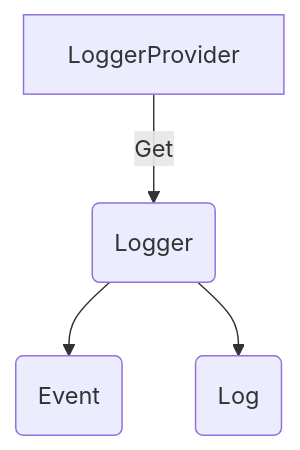
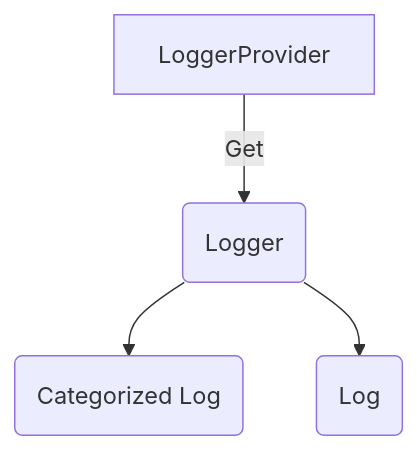
Before and after one commit to open-telemetry/opentelemetry-specification: the diagram in specification/logs/api.md, drawn with Mermaid. The commit also changed other lines of this file and 3 other files, not shown here.

````diff
--- a/specification/logs/api.md
+++ b/specification/logs/api.md
@@ -38,6 +38,6 @@
 ```mermaid
 graph TD
     A[LoggerProvider] -->|Get| B(Logger)
-    B --> C(Event)
+    B --> C(Categorized Log)
     B --> D(Log)
 ```
````
